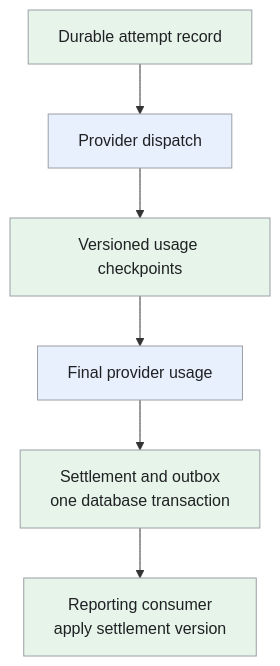
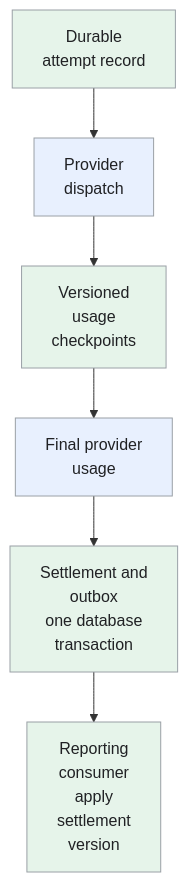
Before and after one commit to iliazlobin/iliazlobin.github.io: the fifth of 5 diagrams in _designs/system-design-openrouter.md, drawn with Mermaid. The commit also changed other lines of this file and 116 other files, not shown here.

````diff
--- a/_designs/system-design-openrouter.md
+++ b/_designs/system-design-openrouter.md
@@ -396,13 +422,13 @@
 ```mermaid
 flowchart TB
-    A["Durable attempt record"] --> B["Provider dispatch"]
-    B --> C["Versioned usage checkpoints"]
-    C --> D["Final provider usage"]
-    D --> E["Settlement and outbox<br>one database transaction"]
-    E --> F["Reporting consumer<br>apply settlement version"]
+    A["Durable<br>attempt record"] --> B["Provider<br>dispatch"]
+    B --> C["Versioned<br>usage<br>checkpoints"]
+    C --> D["Final provider<br>usage"]
+    D --> E["Settlement and<br>outbox<br>one database<br>transaction"]
+    E --> F["Reporting<br>consumer<br>apply<br>settlement<br>version"]
   classDef request fill:#e8f0fe,stroke:#9aa0a6,color:#202124,stroke-width:1px
   classDef background fill:#e6f4ea,stroke:#9aa0a6,color:#202124,stroke-width:1px
   classDef control fill:#fef7e0,stroke:#9aa0a6,color:#202124,stroke-width:1px
   class B,D request
   class A,C,E,F background
 ```
````
